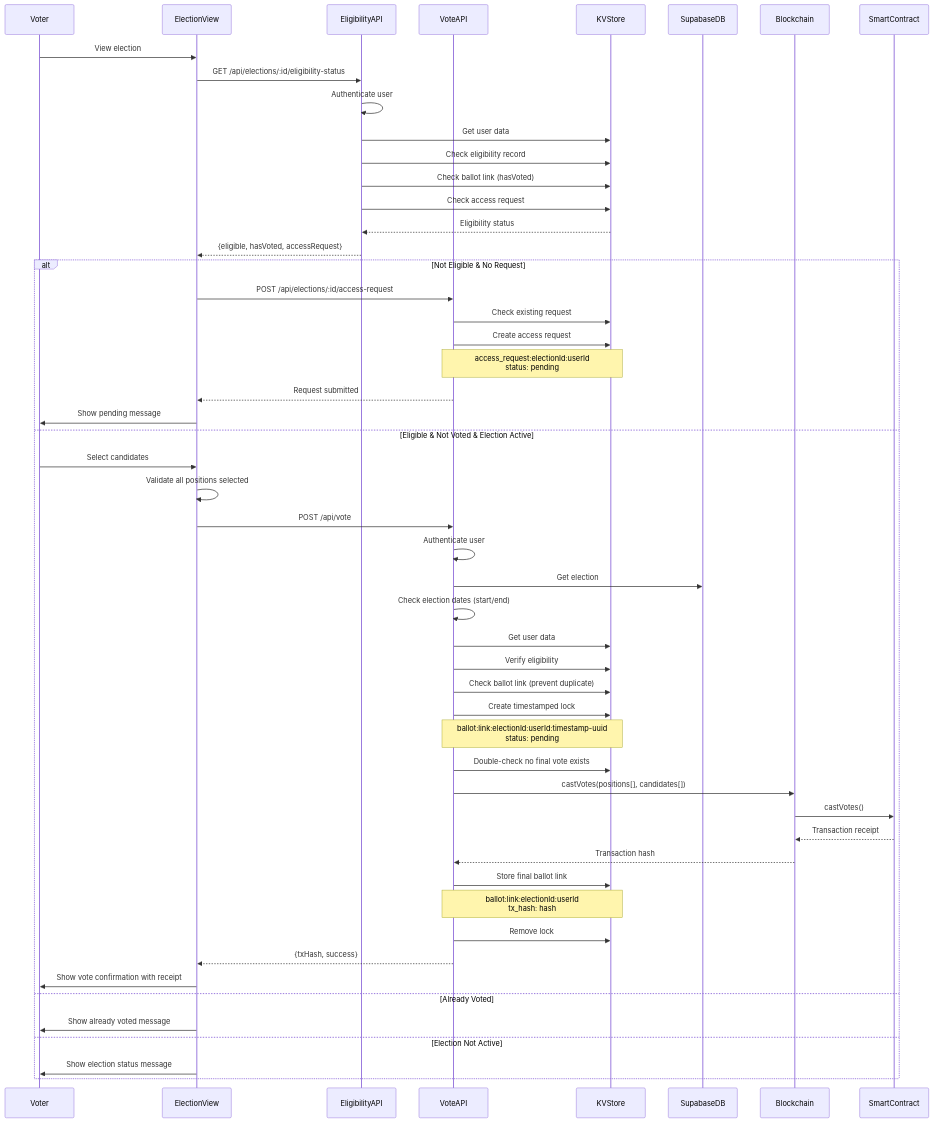
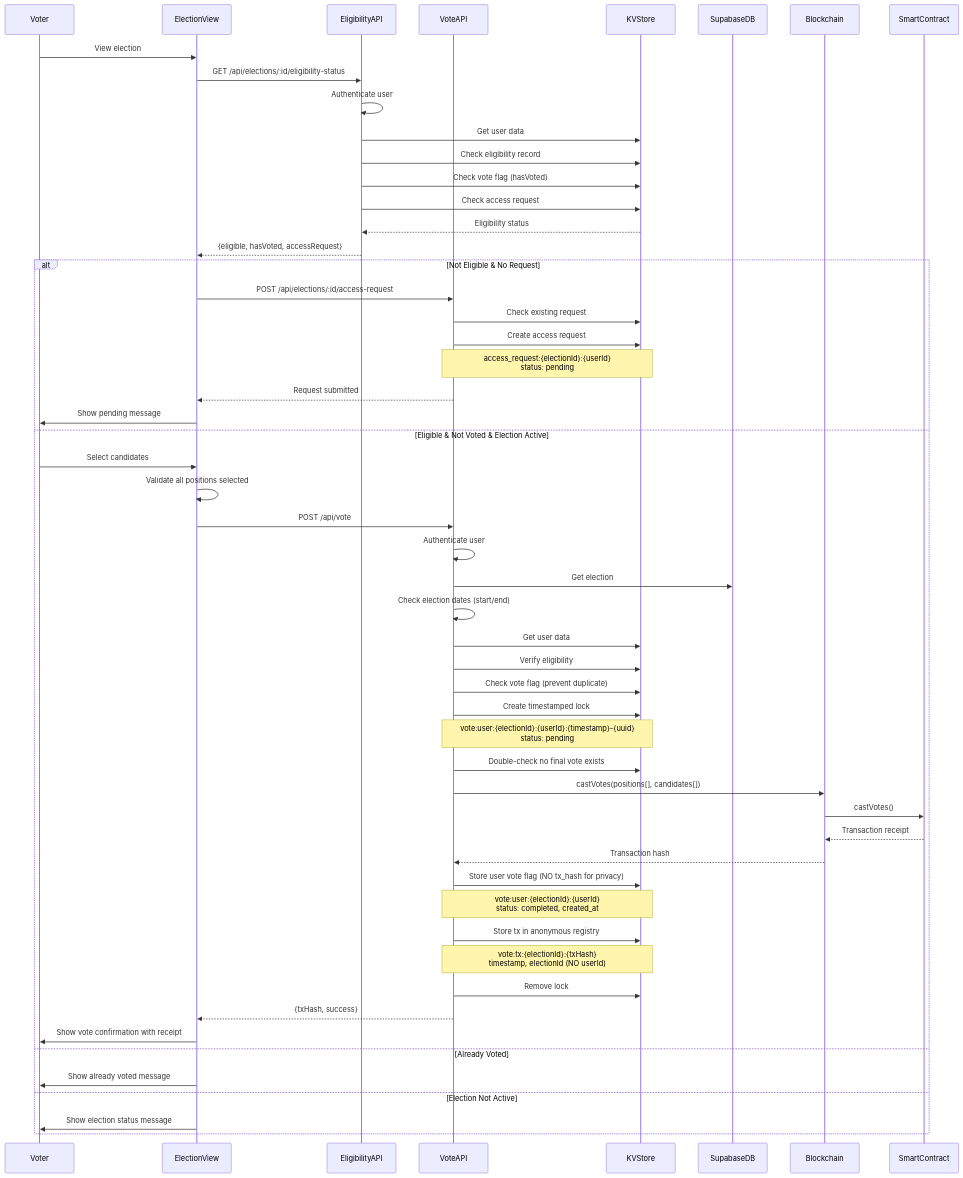
Before and after one commit to RajdeepSah/BlockBallot: the diagram in diagrams/voting-flow.mmd, drawn with Mermaid. The commit also changed other lines of this file and 10 other files, not shown here.

Commit message:
chore: update diagrams and config

```diff
--- a/diagrams/voting-flow.mmd
+++ b/diagrams/voting-flow.mmd
@@ -1,54 +1,56 @@
 sequenceDiagram
     participant Voter
     participant ElectionView
     participant EligibilityAPI
     participant VoteAPI
     participant KVStore
     participant SupabaseDB
     participant Blockchain
     participant SmartContract
     
     Voter->>ElectionView: View election
     ElectionView->>EligibilityAPI: GET /api/elections/:id/eligibility-status
     EligibilityAPI->>EligibilityAPI: Authenticate user
     EligibilityAPI->>KVStore: Get user data
     EligibilityAPI->>KVStore: Check eligibility record
-    EligibilityAPI->>KVStore: Check ballot link (hasVoted)
+    EligibilityAPI->>KVStore: Check vote flag (hasVoted)
     EligibilityAPI->>KVStore: Check access request
     KVStore-->>EligibilityAPI: Eligibility status
     EligibilityAPI-->>ElectionView: {eligible, hasVoted, accessRequest}
     
     alt Not Eligible & No Request
         ElectionView->>VoteAPI: POST /api/elections/:id/access-request
         VoteAPI->>KVStore: Check existing request
         VoteAPI->>KVStore: Create access request
-        Note over VoteAPI,KVStore: access_request:electionId:userId<br/>status: pending
+        Note over VoteAPI,KVStore: access_request:{electionId}:{userId}<br/>status: pending
         VoteAPI-->>ElectionView: Request submitted
         ElectionView->>Voter: Show pending message
     else Eligible & Not Voted & Election Active
         Voter->>ElectionView: Select candidates
         ElectionView->>ElectionView: Validate all positions selected
         ElectionView->>VoteAPI: POST /api/vote
         VoteAPI->>VoteAPI: Authenticate user
         VoteAPI->>SupabaseDB: Get election
         VoteAPI->>VoteAPI: Check election dates (start/end)
         VoteAPI->>KVStore: Get user data
         VoteAPI->>KVStore: Verify eligibility
-        VoteAPI->>KVStore: Check ballot link (prevent duplicate)
+        VoteAPI->>KVStore: Check vote flag (prevent duplicate)
         VoteAPI->>KVStore: Create timestamped lock
-        Note over VoteAPI,KVStore: ballot:link:electionId:userId:timestamp-uuid<br/>status: pending
+        Note over VoteAPI,KVStore: vote:user:{electionId}:{userId}:{timestamp}-{uuid}<br/>status: pending
         VoteAPI->>KVStore: Double-check no final vote exists
         VoteAPI->>Blockchain: castVotes(positions[], candidates[])
         Blockchain->>SmartContract: castVotes()
         SmartContract-->>Blockchain: Transaction receipt
         Blockchain-->>VoteAPI: Transaction hash
-        VoteAPI->>KVStore: Store final ballot link
-        Note over VoteAPI,KVStore: ballot:link:electionId:userId<br/>tx_hash: hash
+        VoteAPI->>KVStore: Store user vote flag (NO tx_hash for privacy)
+        Note over VoteAPI,KVStore: vote:user:{electionId}:{userId}<br/>status: completed, created_at
+        VoteAPI->>KVStore: Store tx in anonymous registry
+        Note over VoteAPI,KVStore: vote:tx:{electionId}:{txHash}<br/>timestamp, electionId (NO userId)
         VoteAPI->>KVStore: Remove lock
         VoteAPI-->>ElectionView: {txHash, success}
         ElectionView->>Voter: Show vote confirmation with receipt
     else Already Voted
         ElectionView->>Voter: Show already voted message
     else Election Not Active
         ElectionView->>Voter: Show election status message
     end
```
